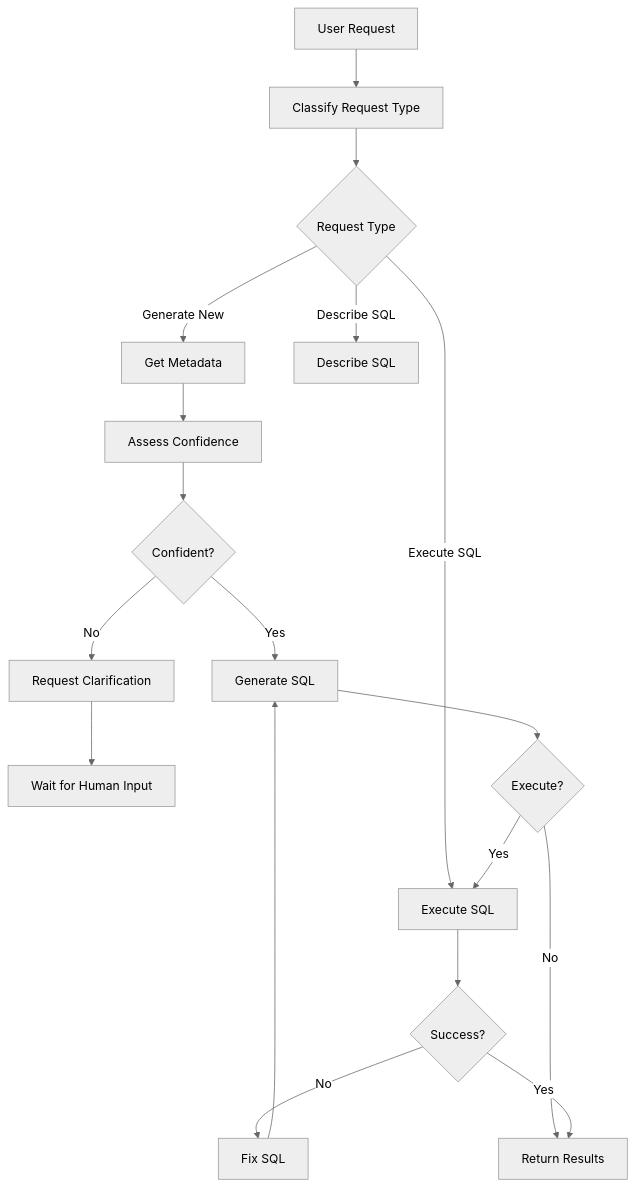
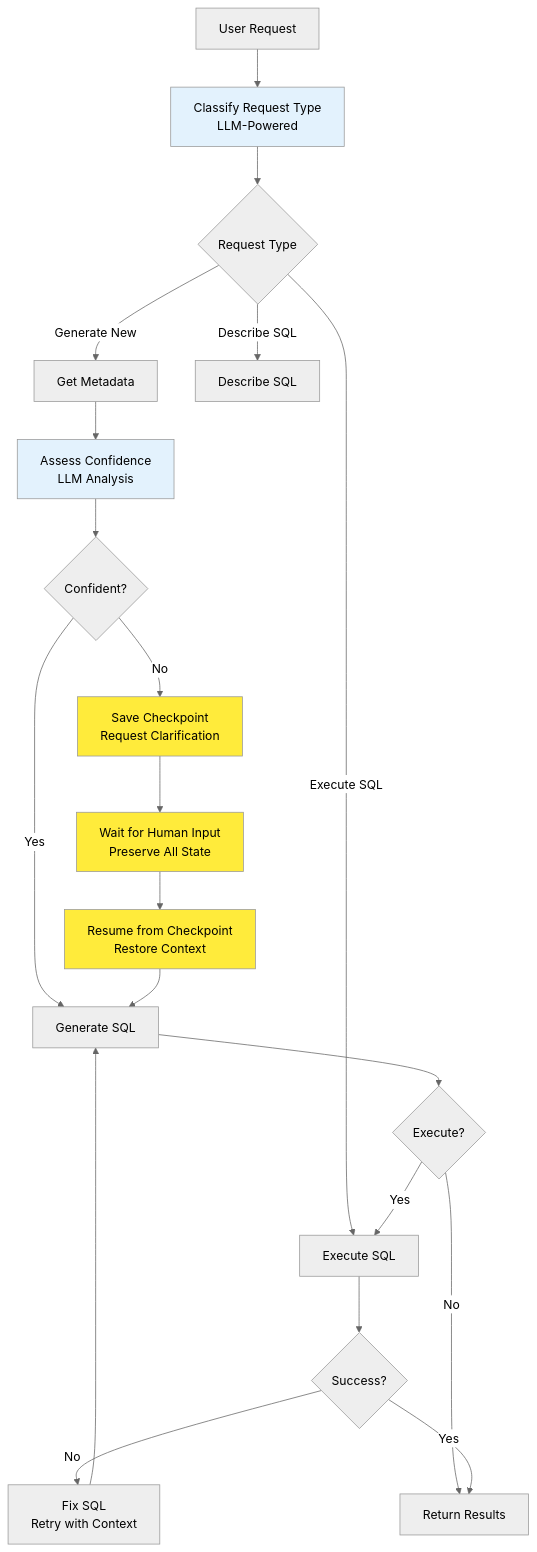
One commit to zwchristie/llamaindex_rag changed the diagram in README.md. Above: the diagram before and after it, drawn with Mermaid (neutral theme). The commit also changed other lines of this file and 4 other files, not shown here.

````diff
--- a/README.md
+++ b/README.md
@@ -327,20 +333,28 @@
 ```mermaid
 graph TD
-    A[User Request] --> B[Classify Request Type]
+    A[User Request] --> B[Classify Request Type<br/>LLM-Powered]
     B --> C{Request Type}
     C -->|Generate New| D[Get Metadata]
     C -->|Describe SQL| E[Describe SQL]
     C -->|Execute SQL| F[Execute SQL]
-    D --> G[Assess Confidence]
+    D --> G[Assess Confidence<br/>LLM Analysis]
     G --> H{Confident?}
-    H -->|No| I[Request Clarification]
+    H -->|No| I[Save Checkpoint<br/>Request Clarification]
     H -->|Yes| J[Generate SQL]
-    I --> K[Wait for Human Input]
-    J --> L{Execute?}
-    L -->|Yes| F
-    L -->|No| M[Return Results]
-    F --> N{Success?}
-    N -->|No| O[Fix SQL]
-    N -->|Yes| M
-    O --> J
+    I --> K[Wait for Human Input<br/>Preserve All State]
+    K --> L[Resume from Checkpoint<br/>Restore Context]
+    L --> J
+    J --> M{Execute?}
+    M -->|Yes| F
+    M -->|No| N[Return Results]
+    F --> O{Success?}
+    O -->|No| P[Fix SQL<br/>Retry with Context]
+    O -->|Yes| N
+    P --> J
+    
+    style I fill:#ffeb3b
+    style K fill:#ffeb3b
+    style L fill:#ffeb3b
+    style B fill:#e3f2fd
+    style G fill:#e3f2fd
 ```
````
